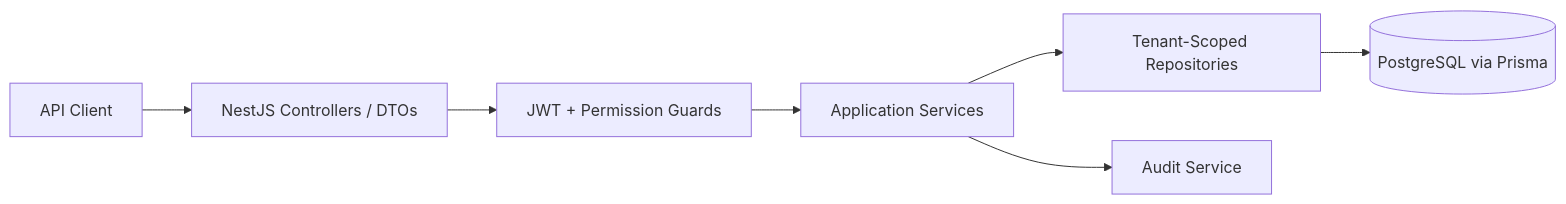
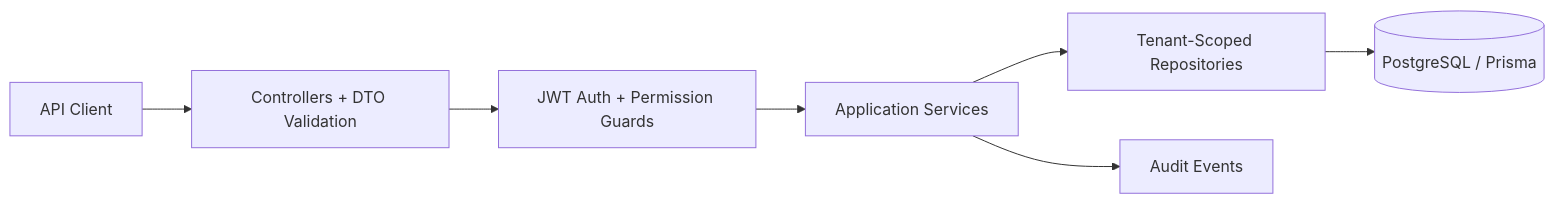
Before and after one commit to aszender/Multi-Tenant-IAM-Backend-Platform: the diagram in README.md, drawn with Mermaid. The commit also changed other lines of this file and 5 other files, not shown here.

````diff
--- a/README.md
+++ b/README.md
@@ -13,9 +22,9 @@
 ```mermaid
 flowchart LR
-  Client["API Client"] --> HTTP["NestJS Controllers / DTOs"]
-  HTTP --> Guards["JWT + Permission Guards"]
+  Client["API Client"] --> Controllers["Controllers + DTO Validation"]
+  Controllers --> Guards["JWT Auth + Permission Guards"]
   Guards --> Services["Application Services"]
-  Services --> Repos["Tenant-Scoped Repositories"]
-  Repos --> DB[("PostgreSQL via Prisma")]
-  Services --> Audit["Audit Service"]
+  Services --> Repositories["Tenant-Scoped Repositories"]
+  Repositories --> DB[("PostgreSQL / Prisma")]
+  Services --> Audit["Audit Events"]
 ```
````
